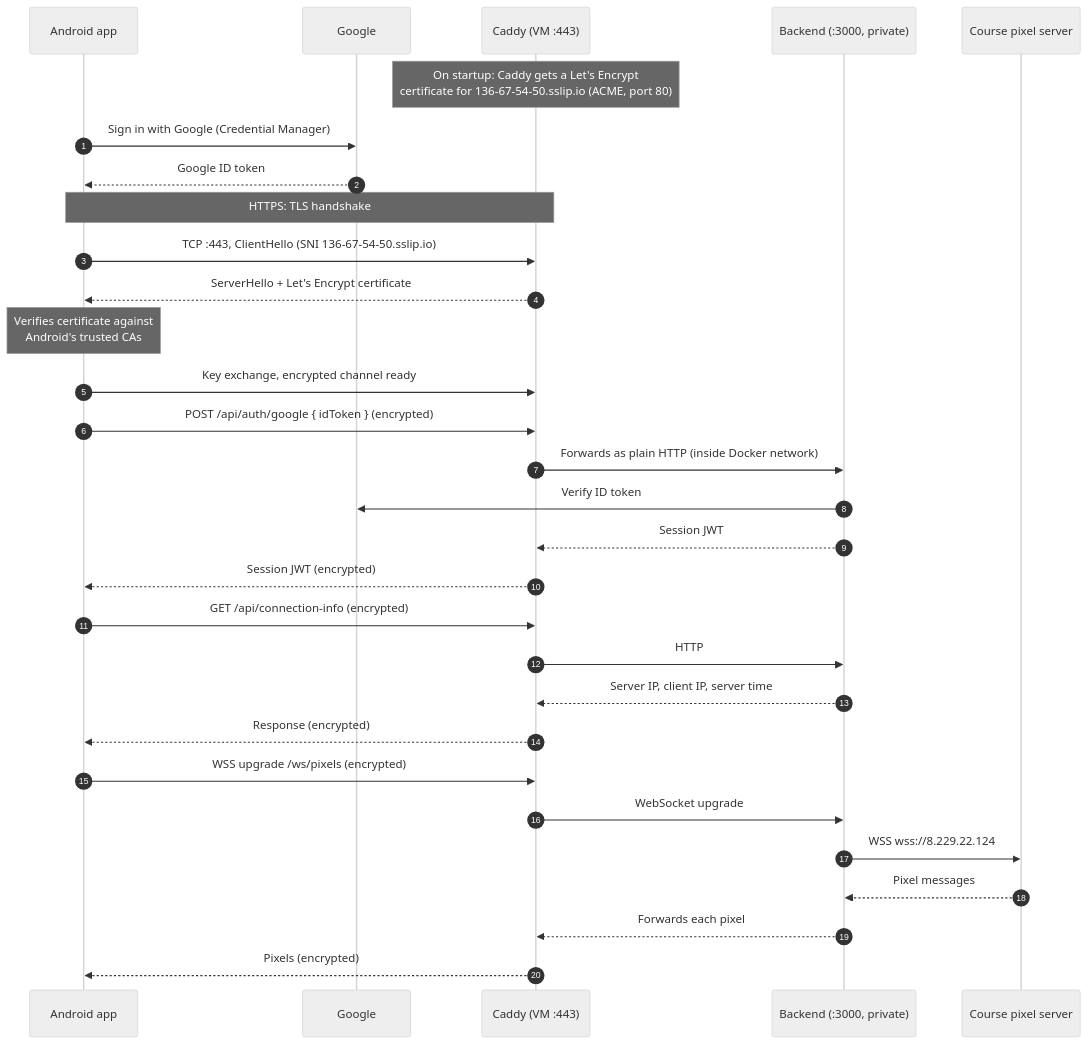
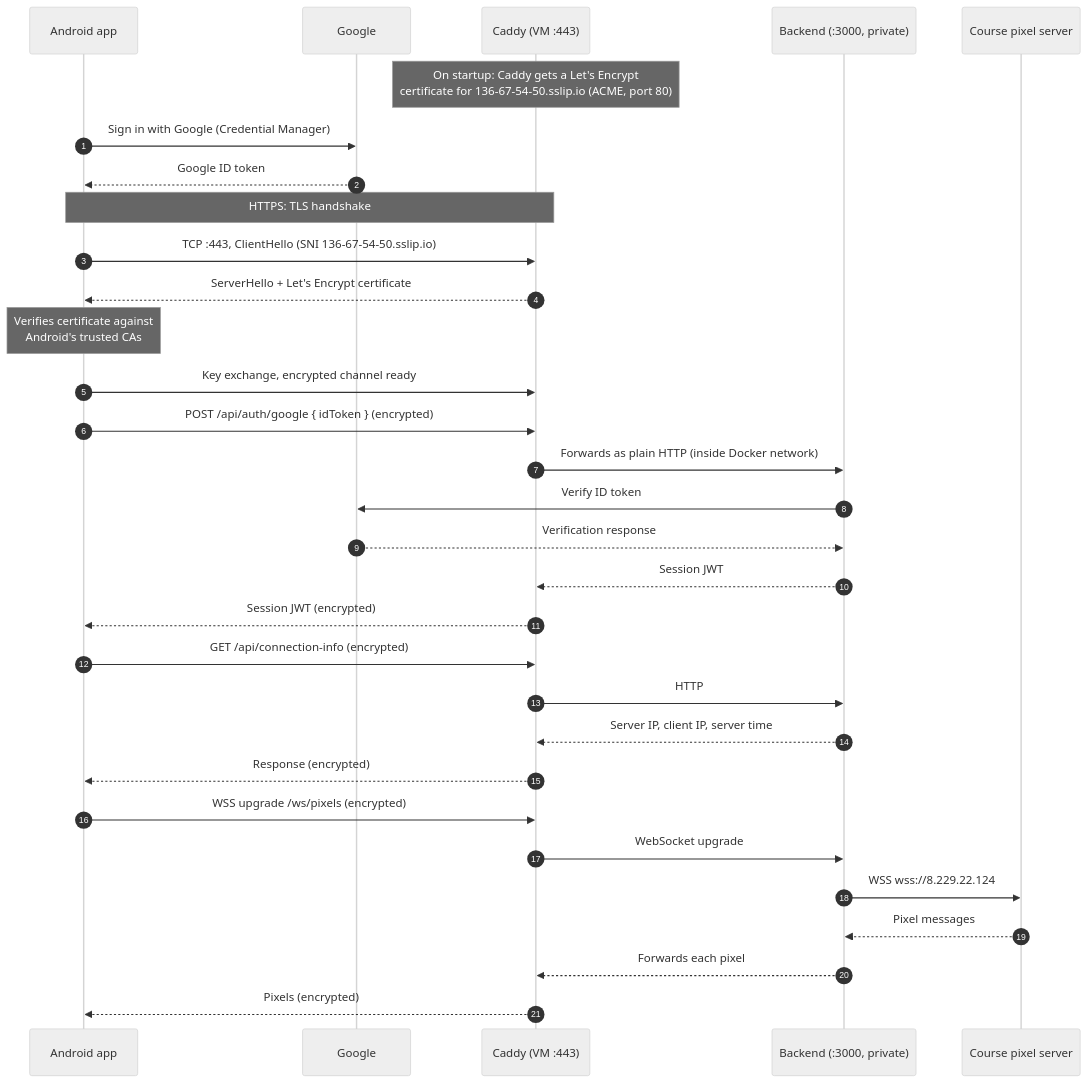
Before and after one commit to adamdeleeuw/cpen321-m1: the diagram in README.md, drawn with Mermaid (neutral theme).

Commit message:
Update README
Add missing response to sequence chart

````diff
--- a/README.md
+++ b/README.md
@@ -19,38 +19,39 @@
 ```mermaid
 sequenceDiagram
     autonumber
     participant App as Android app
     participant G as Google
     participant C as Caddy (VM :443)
     participant B as Backend (:3000, private)
     participant P as Course pixel server
 
     Note over C: On startup: Caddy gets a Let's Encrypt<br/>certificate for 136-67-54-50.sslip.io (ACME, port 80)
 
     App->>G: Sign in with Google (Credential Manager)
     G-->>App: Google ID token
 
     Note over App,C: HTTPS: TLS handshake
     App->>C: TCP :443, ClientHello (SNI 136-67-54-50.sslip.io)
     C-->>App: ServerHello + Let's Encrypt certificate
     Note over App: Verifies certificate against<br/>Android's trusted CAs
     App->>C: Key exchange, encrypted channel ready
 
     App->>C: POST /api/auth/google { idToken } (encrypted)
     C->>B: Forwards as plain HTTP (inside Docker network)
     B->>G: Verify ID token
+    G-->>B: Verification response
     B-->>C: Session JWT
     C-->>App: Session JWT (encrypted)
 
     App->>C: GET /api/connection-info (encrypted)
     C->>B: HTTP
     B-->>C: Server IP, client IP, server time
     C-->>App: Response (encrypted)
 
     App->>C: WSS upgrade /ws/pixels (encrypted)
     C->>B: WebSocket upgrade
     B->>P: WSS wss://8.229.22.124
     P-->>B: Pixel messages
     B-->>C: Forwards each pixel
     C-->>App: Pixels (encrypted)
 ```
````
